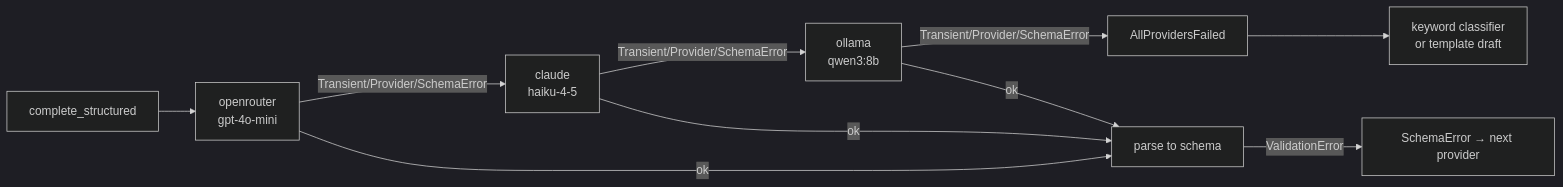
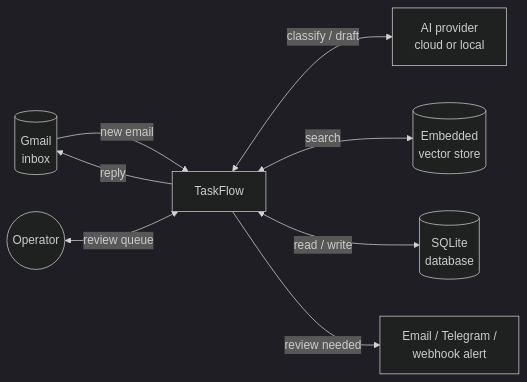
Before and after one commit to Vansh-Rautela/TaskFlow: the fifth of 5 diagrams in Code/TaskFlow/taskflow/docs/PRODUCT_SPECIFICATION.md, drawn with Mermaid (dark theme). The commit also changed other lines of this file and 164 other files, not shown here.

````diff
--- a/Code/TaskFlow/taskflow/docs/PRODUCT_SPECIFICATION.md
+++ b/Code/TaskFlow/taskflow/docs/PRODUCT_SPECIFICATION.md
@@ -702,12 +320,10 @@
 ```mermaid
 flowchart LR
-    R[complete_structured] --> A["openrouter<br/>gpt-4o-mini"]
-    A -->|Transient/Provider/SchemaError| B["claude<br/>haiku-4-5"]
-    B -->|Transient/Provider/SchemaError| C["ollama<br/>qwen3:8b"]
-    C -->|Transient/Provider/SchemaError| D[AllProvidersFailed]
-    D --> E["keyword classifier<br/>or template draft"]
-    A -->|ok| P[parse to schema]
-    B -->|ok| P
-    C -->|ok| P
-    P -->|ValidationError| SE[SchemaError → next provider]
+    Gmail[(Gmail<br/>inbox)] -->|new email| TF[TaskFlow]
+    TF -->|reply| Gmail
+    TF <-->|classify / draft| AI[AI provider<br/>cloud or local]
+    TF <-->|search| VS[(Embedded<br/>vector store)]
+    TF <-->|read / write| DB[(SQLite<br/>database)]
+    TF -->|review needed| Alert[Email / Telegram /<br/>webhook alert]
+    Op((Operator)) <-->|review queue| TF
 ```
````
